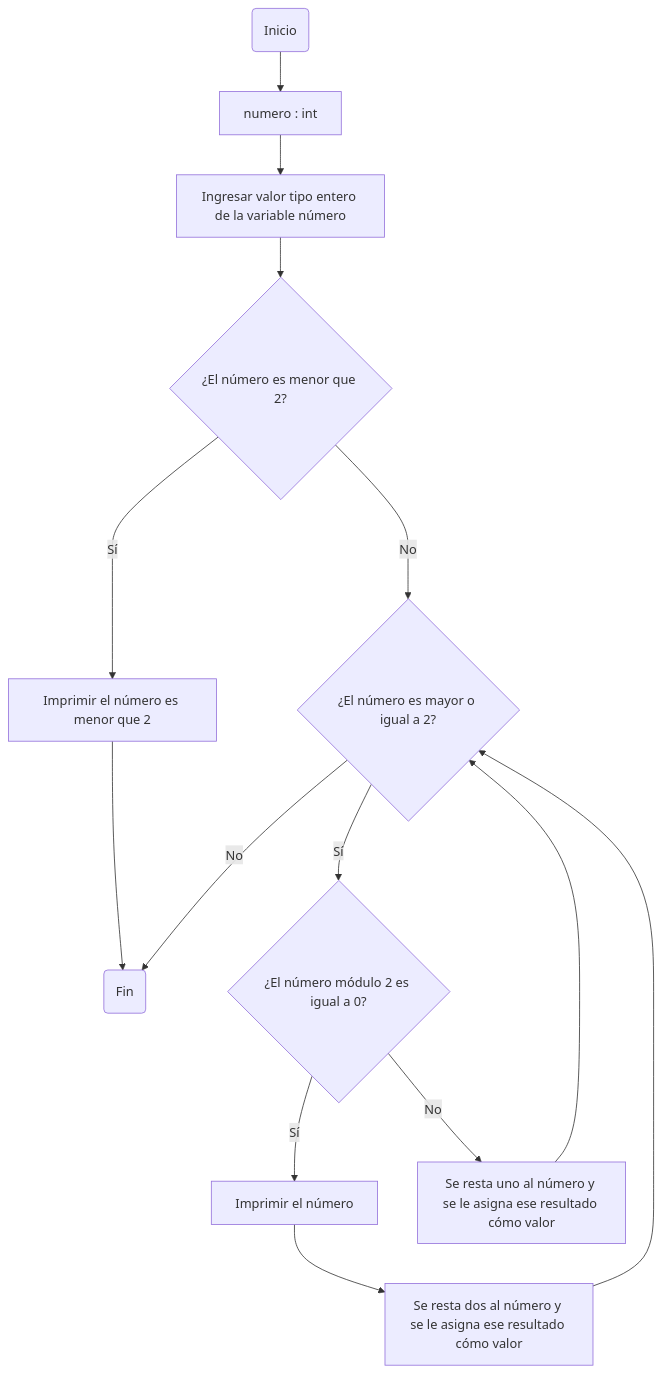
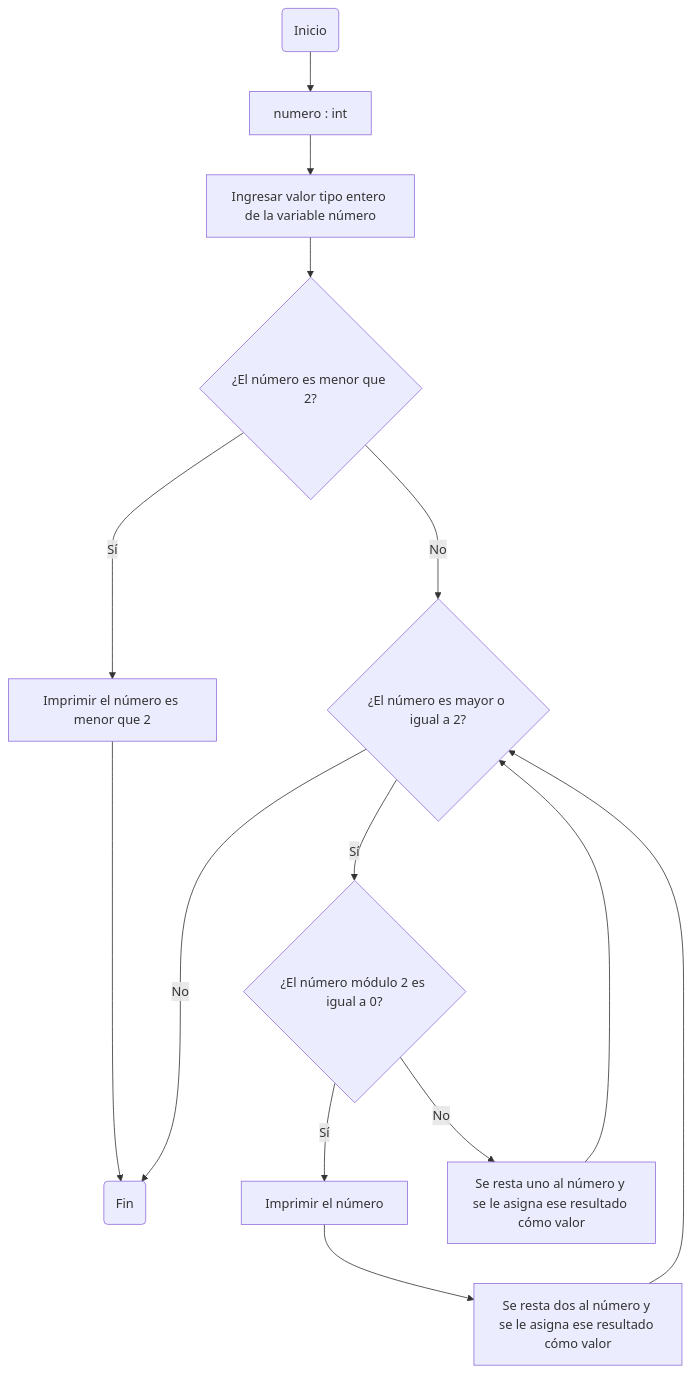
One commit to JuanJoToAl/Reto7 changed the third of 3 diagrams in README.md. Above: the diagram before and after it, drawn with Mermaid.

````diff
--- a/README.md
+++ b/README.md
@@ -88,17 +88,17 @@
 ```mermaid
 flowchart TD
     A(Inicio) --> B[numero : int ]
     B-->C;
     C[Ingresar valor tipo entero de la variable número] --> D{¿El número es menor que 2?};
     D-- Sí-->E[Imprimir el número es menor que 2];
-    E --> L
+    E ---> L
     D -- No ---> F{¿El número es mayor o igual a 2?};
     F --Sí --> G{¿El número módulo 2 es igual a 0?};
-    F --No --> L
+    F --No ---> L
     G-- Sí -->H[Imprimir el número];
     H--> I[Se resta dos al número y se le asigna ese resultado cómo valor]
     I--> F;
     G --No --> K[Se resta uno al número y se le asigna ese resultado cómo valor]
     K --> F
     L(Fin)
 ```
````
